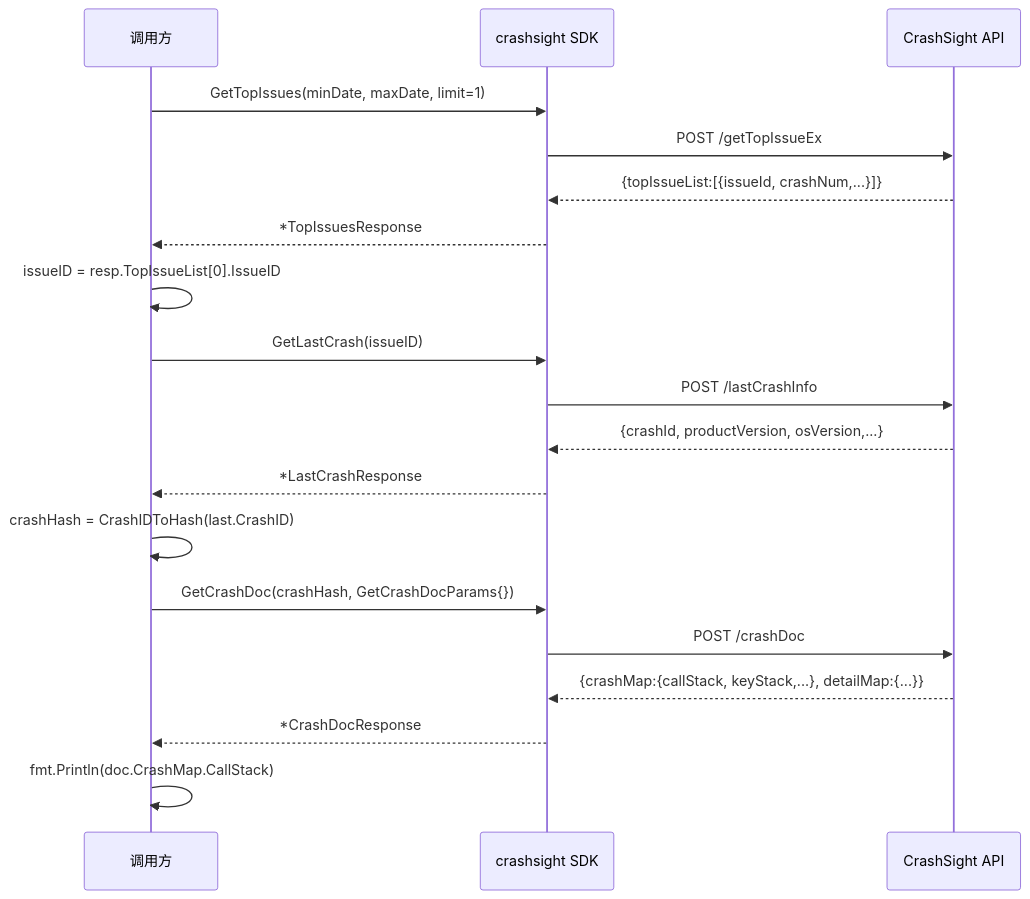
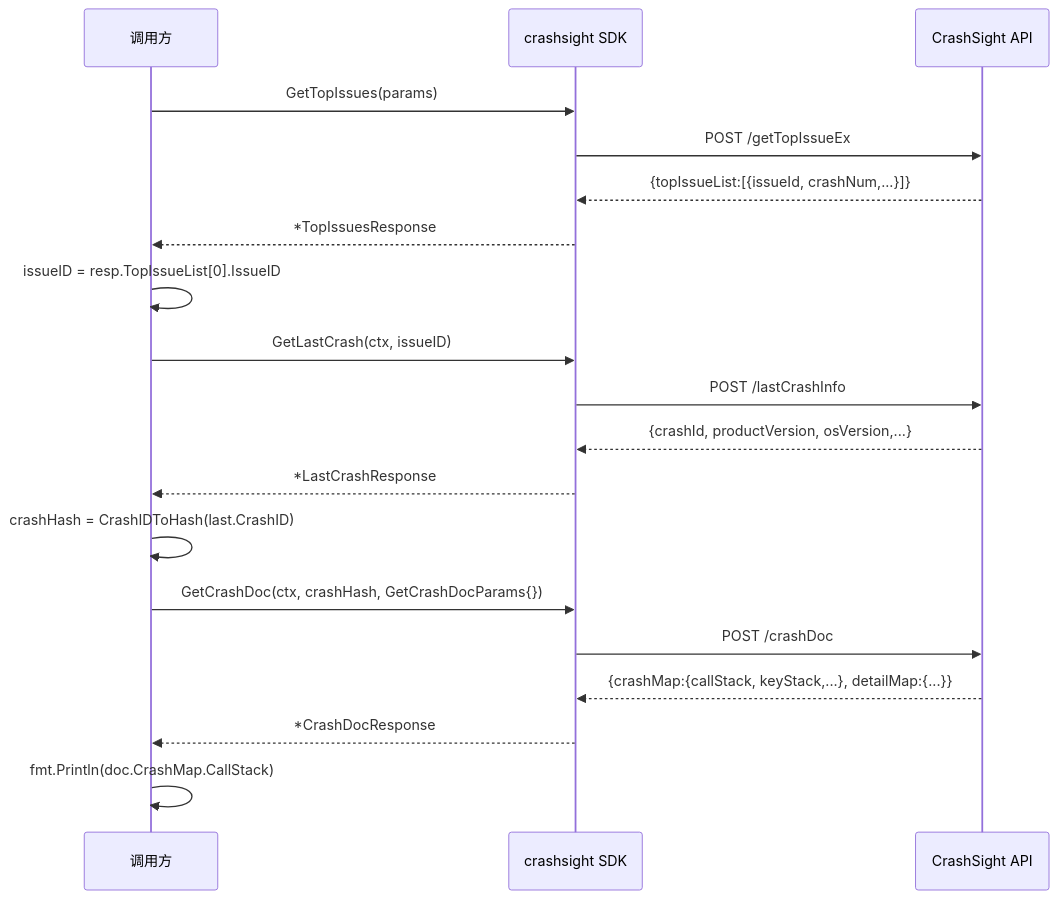
Before and after one commit to larryhou/crashsight: the sixth of 7 diagrams in .opencode/skills/crashsight-sdk/SKILL.md, drawn with Mermaid. The commit also changed other lines of this file, not shown here.

Commit message:
docs(skill): update crashsight-sdk documentation to reflect Config structural initialization and dailyscan optimizations

````diff
--- a/.opencode/skills/crashsight-sdk/SKILL.md
+++ b/.opencode/skills/crashsight-sdk/SKILL.md
@@ -432,27 +444,27 @@
 ```mermaid
 sequenceDiagram
     participant App as 调用方
     participant SDK as crashsight SDK
     participant API as CrashSight API
 
-    App->>SDK: GetTopIssues(minDate, maxDate, limit=1)
+    App->>SDK: GetTopIssues(params)
     SDK->>API: POST /getTopIssueEx
     API-->>SDK: {topIssueList:[{issueId, crashNum,...}]}
     SDK-->>App: *TopIssuesResponse
 
     App->>App: issueID = resp.TopIssueList[0].IssueID
 
-    App->>SDK: GetLastCrash(issueID)
+    App->>SDK: GetLastCrash(ctx, issueID)
     SDK->>API: POST /lastCrashInfo
     API-->>SDK: {crashId, productVersion, osVersion,...}
     SDK-->>App: *LastCrashResponse
 
     App->>App: crashHash = CrashIDToHash(last.CrashID)
 
-    App->>SDK: GetCrashDoc(crashHash, GetCrashDocParams{})
+    App->>SDK: GetCrashDoc(ctx, crashHash, GetCrashDocParams{})
     SDK->>API: POST /crashDoc
     API-->>SDK: {crashMap:{callStack, keyStack,...}, detailMap:{...}}
     SDK-->>App: *CrashDocResponse
 
     App->>App: fmt.Println(doc.CrashMap.CallStack)
 ```
````
